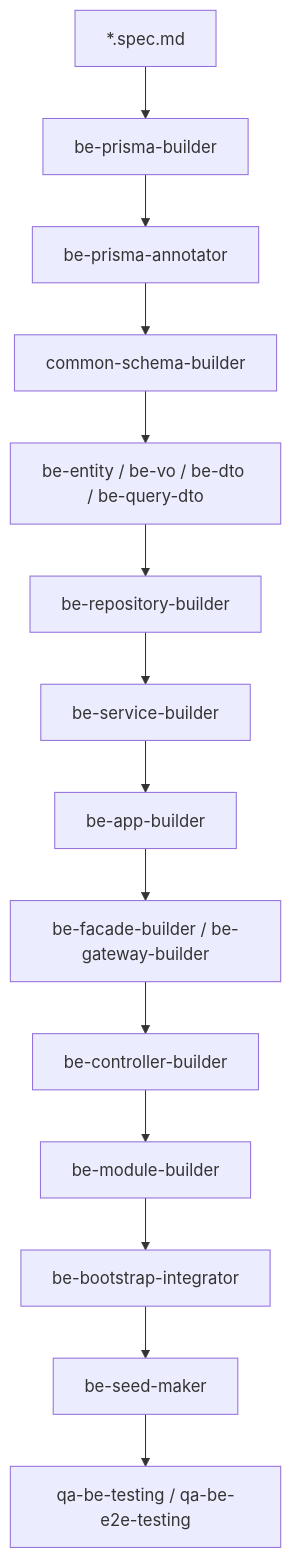
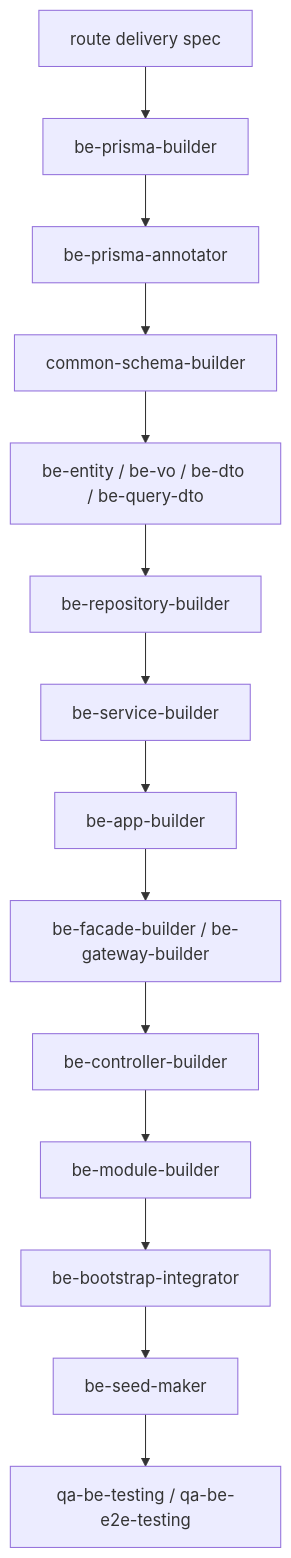
The third of 5 diagrams in docs/orchestration-agent-relationship-flow.md (kimjoongwon/prj-core), drawn with Mermaid before and after one commit. The commit also changed other lines of this file and 76 other files, not shown here.

Commit message:
chore: consolidate delivery spec orchestration

````diff
--- a/docs/orchestration-agent-relationship-flow.md
+++ b/docs/orchestration-agent-relationship-flow.md
@@ -149,16 +158,16 @@
 ```mermaid
 flowchart TD
-  Spec["*.spec.md"] --> P["be-prisma-builder"]
+  Spec["route delivery spec"] --> P["be-prisma-builder"]
   P --> PA["be-prisma-annotator"]
   PA --> S["common-schema-builder"]
   S --> M["be-entity / be-vo / be-dto / be-query-dto"]
   M --> R["be-repository-builder"]
   R --> SV["be-service-builder"]
   SV --> APP["be-app-builder"]
   APP --> F["be-facade-builder / be-gateway-builder"]
   F --> C["be-controller-builder"]
   C --> MOD["be-module-builder"]
   MOD --> BOOT["be-bootstrap-integrator"]
   BOOT --> SEED["be-seed-maker"]
   SEED --> QA["qa-be-testing / qa-be-e2e-testing"]
 ```
````
